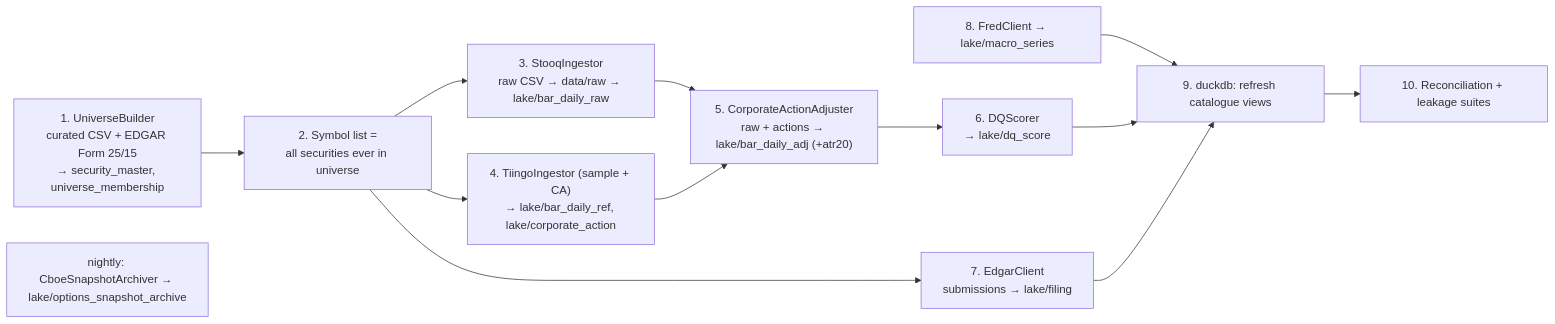
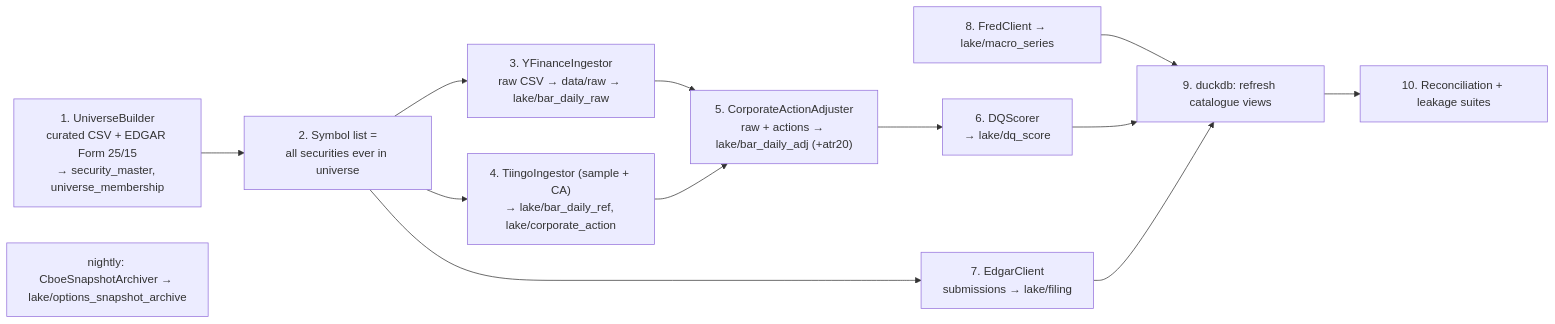
The seventh of 27 diagrams in docs/SR_Technical_Document.md (Neural-Matrix-LLC/Support-Resistance-Agent), drawn with Mermaid before and after one commit. The commit also changed other lines of this file and 50 other files, not shown here.

````diff
--- a/docs/SR_Technical_Document.md
+++ b/docs/SR_Technical_Document.md
@@ -686,15 +701,15 @@
 ```mermaid
 flowchart LR
     A["1. UniverseBuilder\ncurated CSV + EDGAR Form 25/15\n→ security_master, universe_membership"] --> B["2. Symbol list =\nall securities ever in universe"]
-    B --> C["3. StooqIngestor\nraw CSV → data/raw → lake/bar_daily_raw"]
+    B --> C["3. YFinanceIngestor\nraw CSV → data/raw → lake/bar_daily_raw"]
     B --> D["4. TiingoIngestor (sample + CA)\n→ lake/bar_daily_ref, lake/corporate_action"]
     C --> E["5. CorporateActionAdjuster\nraw + actions → lake/bar_daily_adj (+atr20)"]
     D --> E
     E --> F["6. DQScorer\n→ lake/dq_score"]
     B --> G["7. EdgarClient\nsubmissions → lake/filing"]
     H["8. FredClient → lake/macro_series"] --> I["9. duckdb: refresh catalogue views"]
     F --> I
     G --> I
     I --> J["10. Reconciliation + leakage suites"]
     K["nightly: CboeSnapshotArchiver → lake/options_snapshot_archive"]
 ```
````
